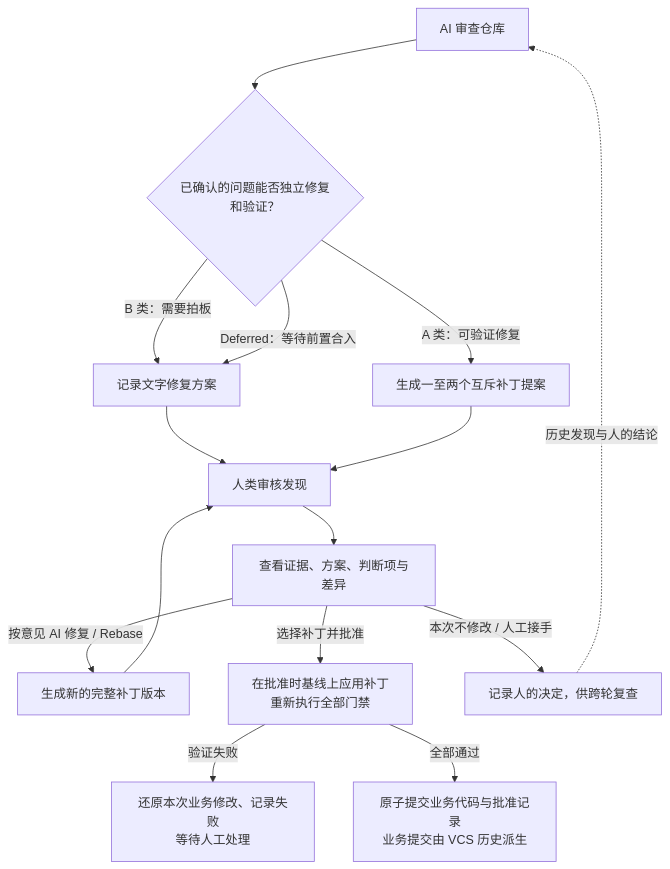
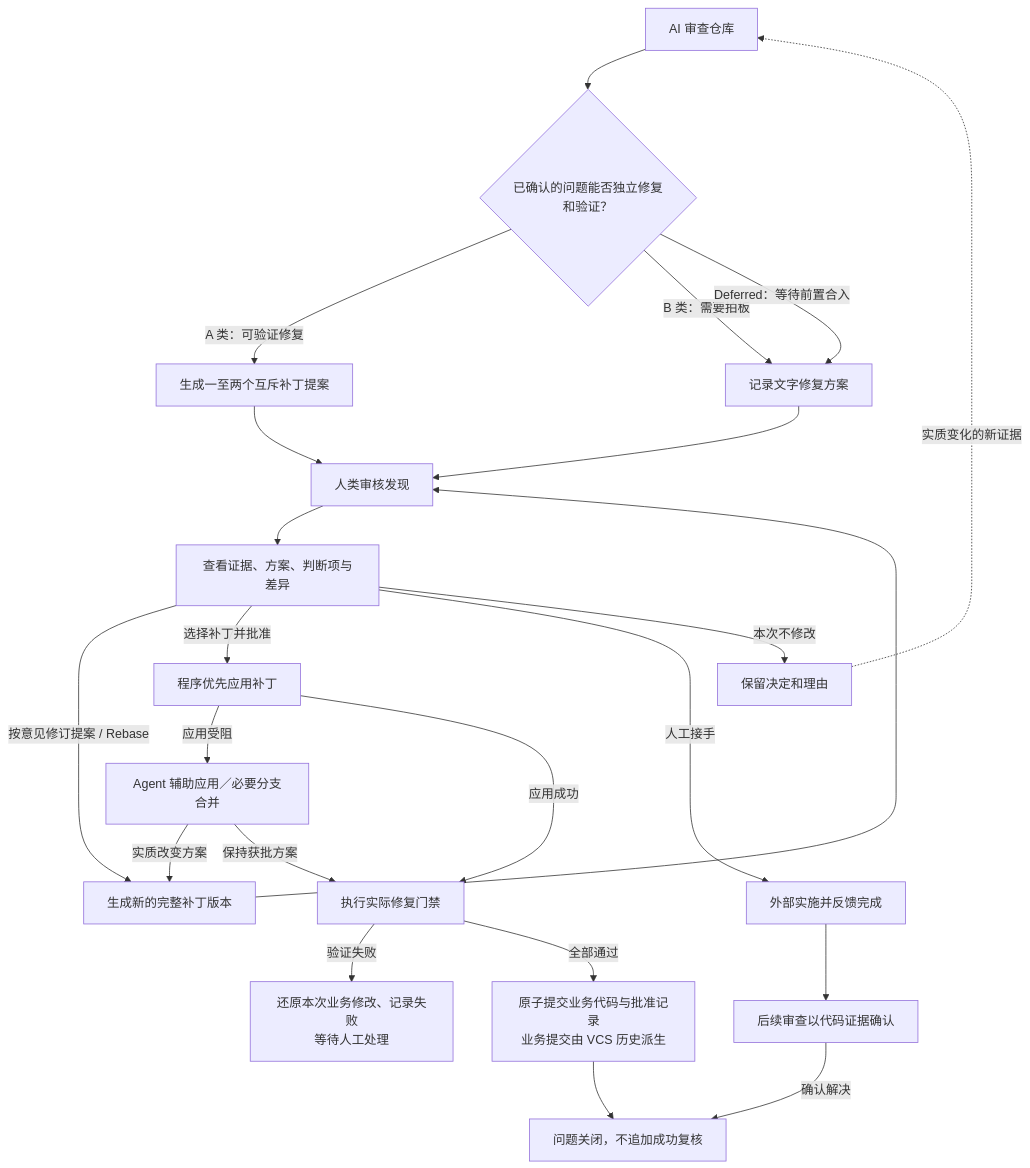
One commit to stallboy/dsh-review changed the diagram in SPEC.md. Above: the diagram before and after it, drawn with Mermaid. The commit also changed other lines of this file, not shown here.

````diff
--- a/SPEC.md
+++ b/SPEC.md
@@ -40,17 +75,25 @@
 ```mermaid
 flowchart TD
     AUDIT["AI 审查仓库"] --> TRIAGE{"已确认的问题能否独立修复和验证？"}
     TRIAGE -->|"A 类：可验证修复"| CAND["生成一至两个互斥补丁提案"]
     TRIAGE -->|"B 类：需要拍板"| REPORT["记录文字修复方案"]
     TRIAGE -->|"Deferred：等待前置合入"| REPORT
     REPORT --> QUEUE["人类审核发现"]
     CAND --> QUEUE
     QUEUE --> DETAIL["查看证据、方案、判断项与差异"]
-    DETAIL -->|"按意见 AI 修复 / Rebase"| FIX["生成新的完整补丁版本"]
+    DETAIL -->|"按意见修订提案 / Rebase"| FIX["生成新的完整补丁版本"]
     FIX --> QUEUE
-    DETAIL -->|"选择补丁并批准"| GATE["在批准时基线上应用补丁<br/>重新执行全部门禁"]
+    DETAIL -->|"选择补丁并批准"| APPLY["程序优先应用补丁"]
+    APPLY -->|"应用受阻"| ASSIST["Agent 辅助应用／必要分支合并"]
+    ASSIST -->|"实质改变方案"| FIX
+    ASSIST -->|"保持获批方案"| GATE["执行实际修复门禁"]
+    APPLY -->|"应用成功"| GATE
     GATE -->|"验证失败"| FAILED["还原本次业务修改、记录失败<br/>等待人工处理"]
     GATE -->|"全部通过"| COMMIT["原子提交业务代码与批准记录<br/>业务提交由 VCS 历史派生"]
-    DETAIL -->|"本次不修改 / 人工接手"| RECHECK["记录人的决定，供跨轮复查"]
-    RECHECK -.->|"历史发现与人的结论"| AUDIT
+    COMMIT --> CLOSED["问题关闭，不追加成功复核"]
+    DETAIL -->|"人工接手"| HUMAN["外部实施并反馈完成"]
+    HUMAN --> RECHECK["后续审查以代码证据确认"]
+    RECHECK -->|"确认解决"| CLOSED
+    DETAIL -->|"本次不修改"| KEEP["保留决定和理由"]
+    KEEP -.->|"实质变化的新证据"| AUDIT
 ```
````
